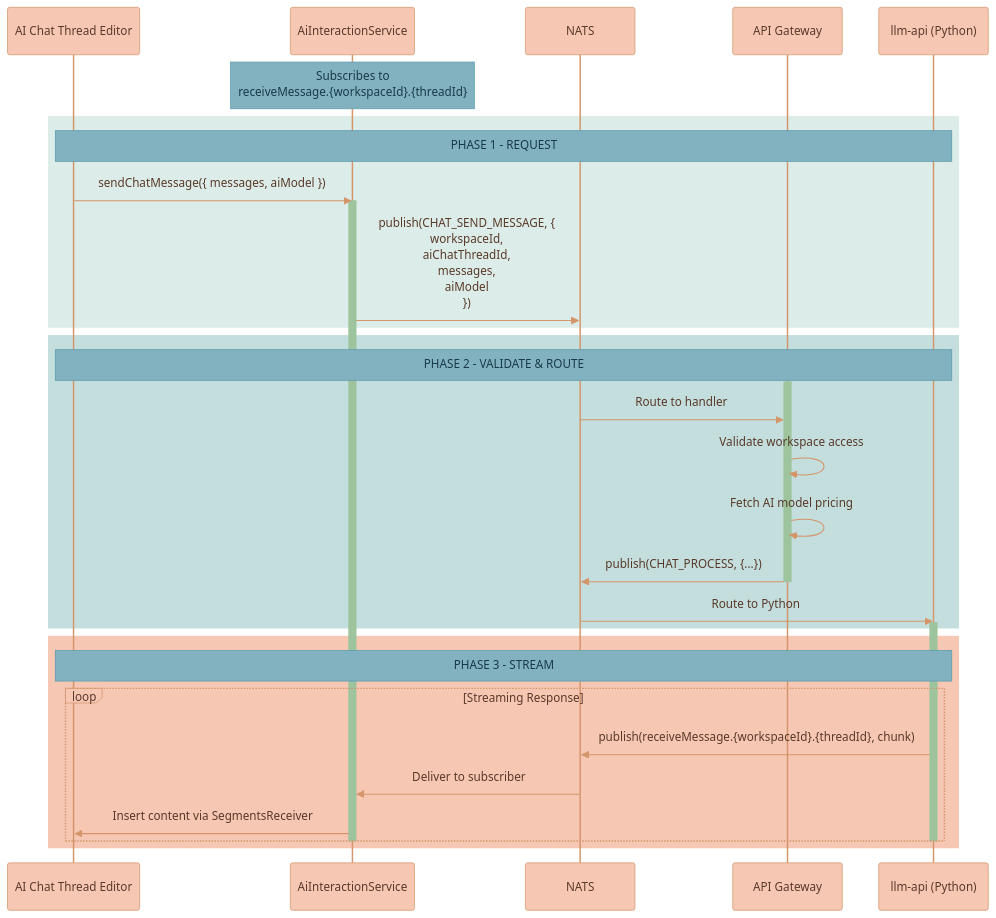
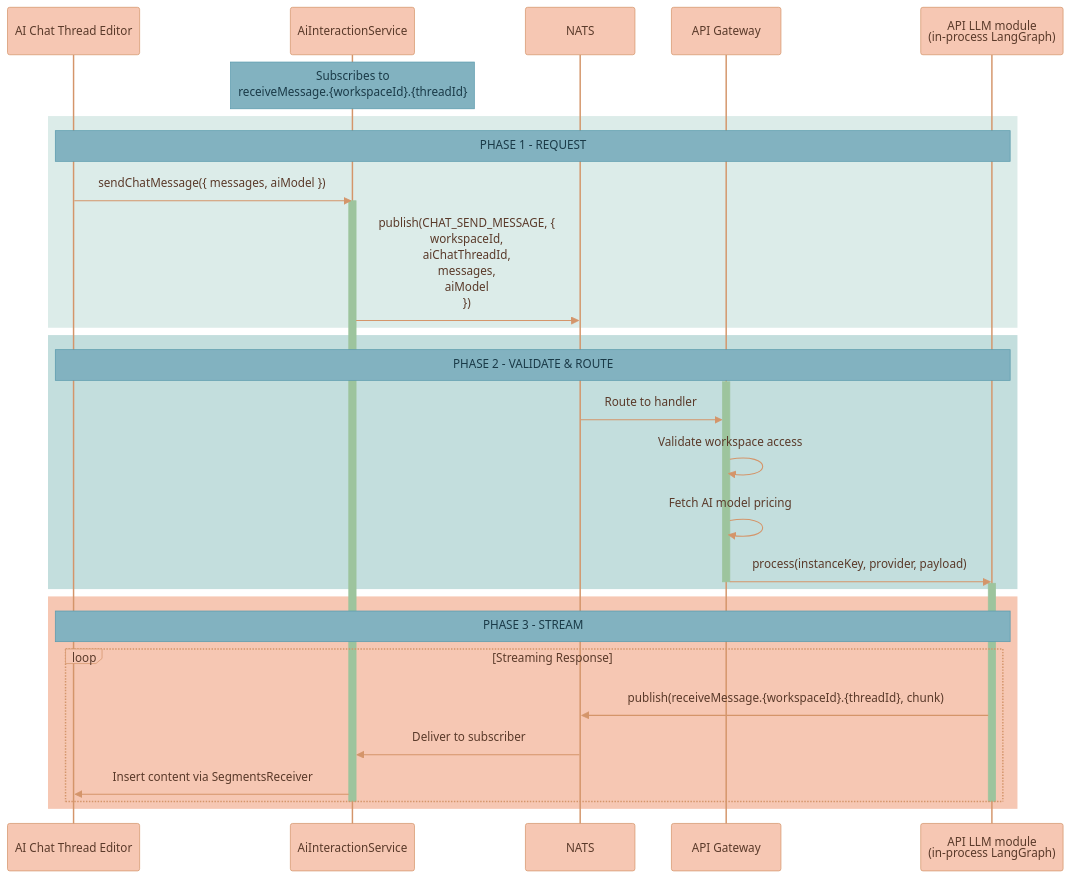
One commit to Lixpi/lixpi changed the tenth of 17 diagrams in documentation/features/WORKSPACE-FEATURE.md. Above: the diagram before and after it, drawn with Mermaid. The commit also changed other lines of this file and 13 other files, not shown here.

````diff
--- a/documentation/features/WORKSPACE-FEATURE.md
+++ b/documentation/features/WORKSPACE-FEATURE.md
@@ -747,48 +754,47 @@
 ```mermaid
 %%{init: {'theme': 'base', 'themeVariables': { 'noteBkgColor': '#82B2C0', 'noteTextColor': '#1a3a47', 'noteBorderColor': '#5a9aad', 'actorBkg': '#F6C7B3', 'actorBorder': '#d4956a', 'actorTextColor': '#5a3a2a', 'actorLineColor': '#d4956a', 'signalColor': '#d4956a', 'signalTextColor': '#5a3a2a', 'labelBoxBkgColor': '#F6C7B3', 'labelBoxBorderColor': '#d4956a', 'labelTextColor': '#5a3a2a', 'loopTextColor': '#5a3a2a', 'activationBorderColor': '#9DC49D', 'activationBkgColor': '#9DC49D', 'sequenceNumberColor': '#5a3a2a'}}}%%
 sequenceDiagram
     participant Editor as AI Chat Thread Editor
     participant AIS as AiInteractionService
     participant NATS as NATS
     participant API as API Gateway
-    participant LLM as llm-api (Python)
+    participant LLM as API LLM module<br/>(in-process LangGraph)
     Note over AIS: Subscribes to<br/>receiveMessage.{workspaceId}.{threadId}
     %% ═══════════════════════════════════════════════════════════════
     %% PHASE 1: REQUEST
     %% ═══════════════════════════════════════════════════════════════
     rect rgb(220, 236, 233)
         Note over Editor, LLM: PHASE 1 - REQUEST
         Editor->>AIS: sendChatMessage({ messages, aiModel })
         activate AIS
         AIS->>NATS: publish(CHAT_SEND_MESSAGE, {<br/>  workspaceId,<br/>  aiChatThreadId,<br/>  messages,<br/>  aiModel<br/>})
     end
 
     %% ═══════════════════════════════════════════════════════════════
     %% PHASE 2: VALIDATE & ROUTE
     %% ═══════════════════════════════════════════════════════════════
     rect rgb(195, 222, 221)
         Note over Editor, LLM: PHASE 2 - VALIDATE & ROUTE
         activate API
         NATS->>API: Route to handler
         API->>API: Validate workspace access
         API->>API: Fetch AI model pricing
-        API->>NATS: publish(CHAT_PROCESS, {...})
+        API->>LLM: process(instanceKey, provider, payload)
         deactivate API
-        NATS->>LLM: Route to Python
         activate LLM
     end
 
     %% ═══════════════════════════════════════════════════════════════
     %% PHASE 3: STREAM
     %% ═══════════════════════════════════════════════════════════════
     rect rgb(246, 199, 179)
         Note over Editor, LLM: PHASE 3 - STREAM
         loop Streaming Response
             LLM->>NATS: publish(receiveMessage.{workspaceId}.{threadId}, chunk)
             NATS->>AIS: Deliver to subscriber
             AIS->>Editor: Insert content via SegmentsReceiver
         end
         deactivate LLM
         deactivate AIS
     end
 ```
````
